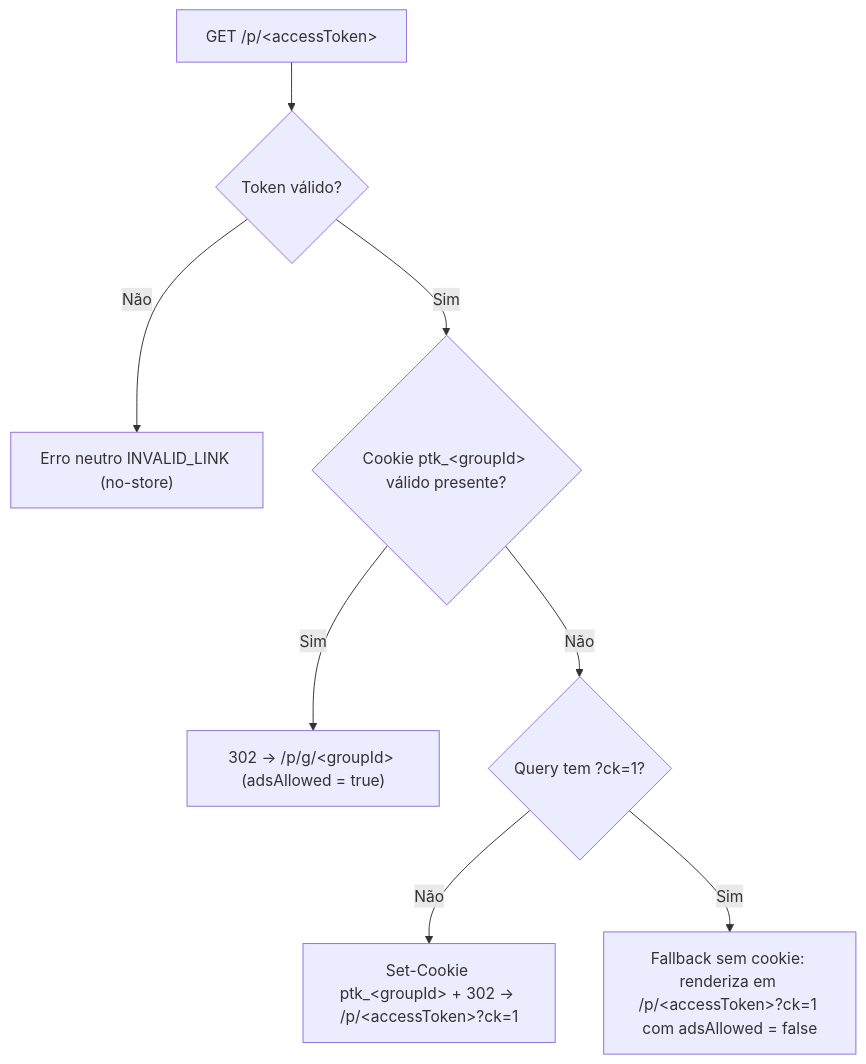
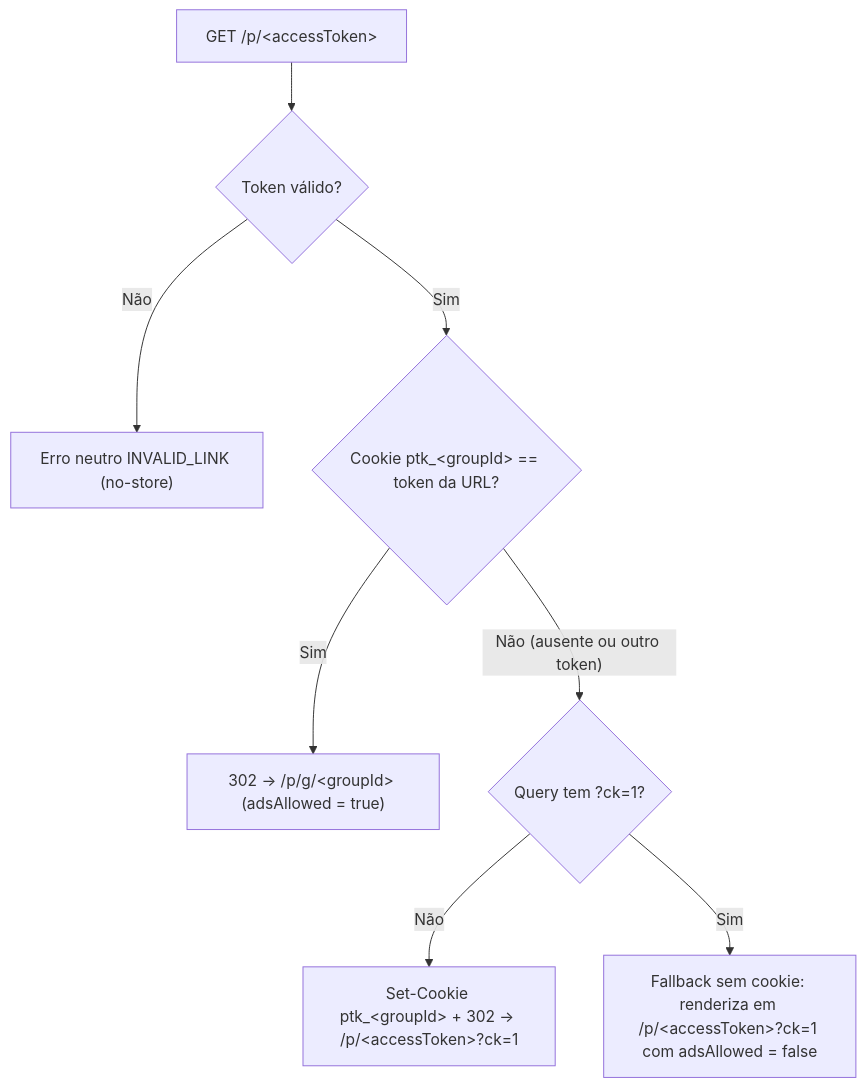
One commit to Rodrigudp/AmigoSecretoApp changed the diagram in docs/arquitetura/adr/004-token-url-para-cookie.md. Above: the diagram before and after it, drawn with Mermaid. The commit also changed other lines of this file, not shown here.

Commit message:
docs(adr): enforce constant-time cookie match and accept ADR-004 (SEC-06)

````diff
--- a/docs/arquitetura/adr/004-token-url-para-cookie.md
+++ b/docs/arquitetura/adr/004-token-url-para-cookie.md
@@ -25,10 +25,10 @@
 ```mermaid
 flowchart TD
     A["GET /p/&lt;accessToken&gt;"] --> V{"Token válido?"}
     V -- Não --> E["Erro neutro INVALID_LINK (no-store)"]
-    V -- Sim --> C1{"Cookie ptk_&lt;groupId&gt; válido presente?"}
+    V -- Sim --> C1{"Cookie ptk_&lt;groupId&gt; == token da URL?"}
     C1 -- Sim --> R["302 → /p/g/&lt;groupId&gt; (adsAllowed = true)"]
-    C1 -- Não --> Q{"Query tem ?ck=1?"}
+    C1 -- "Não (ausente ou outro token)" --> Q{"Query tem ?ck=1?"}
     Q -- Não --> P["Set-Cookie ptk_&lt;groupId&gt; + 302 → /p/&lt;accessToken&gt;?ck=1"]
     Q -- Sim --> F["Fallback sem cookie: renderiza em /p/&lt;accessToken&gt;?ck=1 com adsAllowed = false"]
 ```
````
